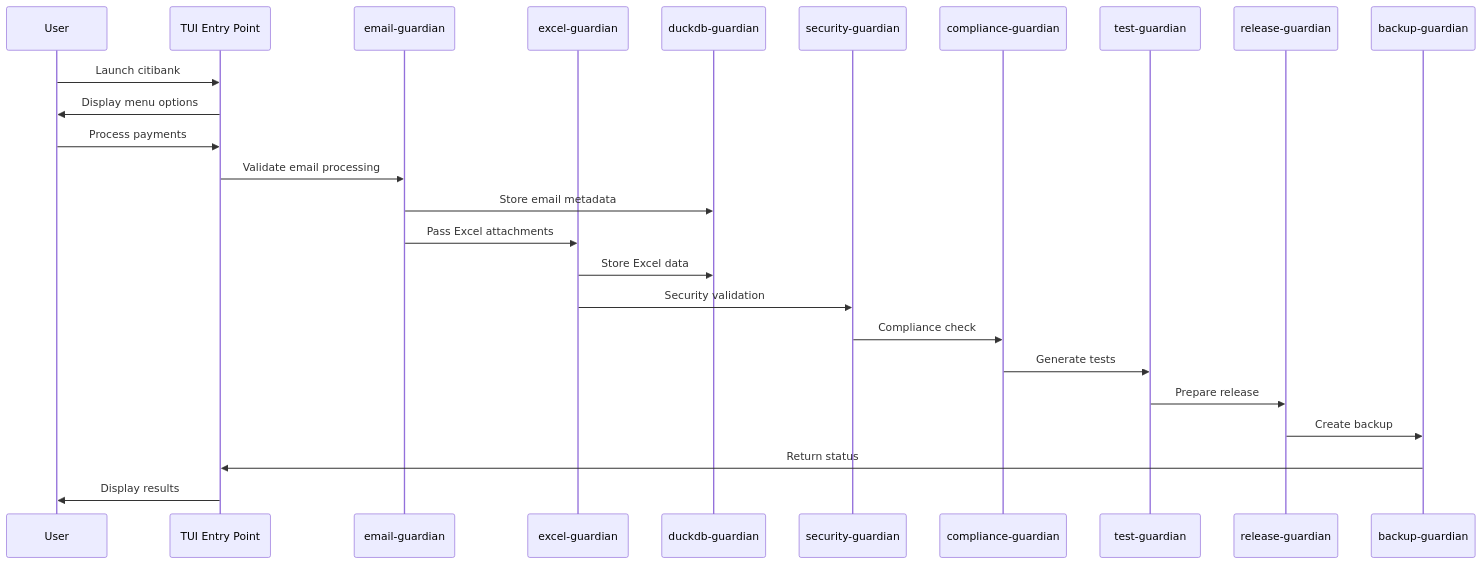
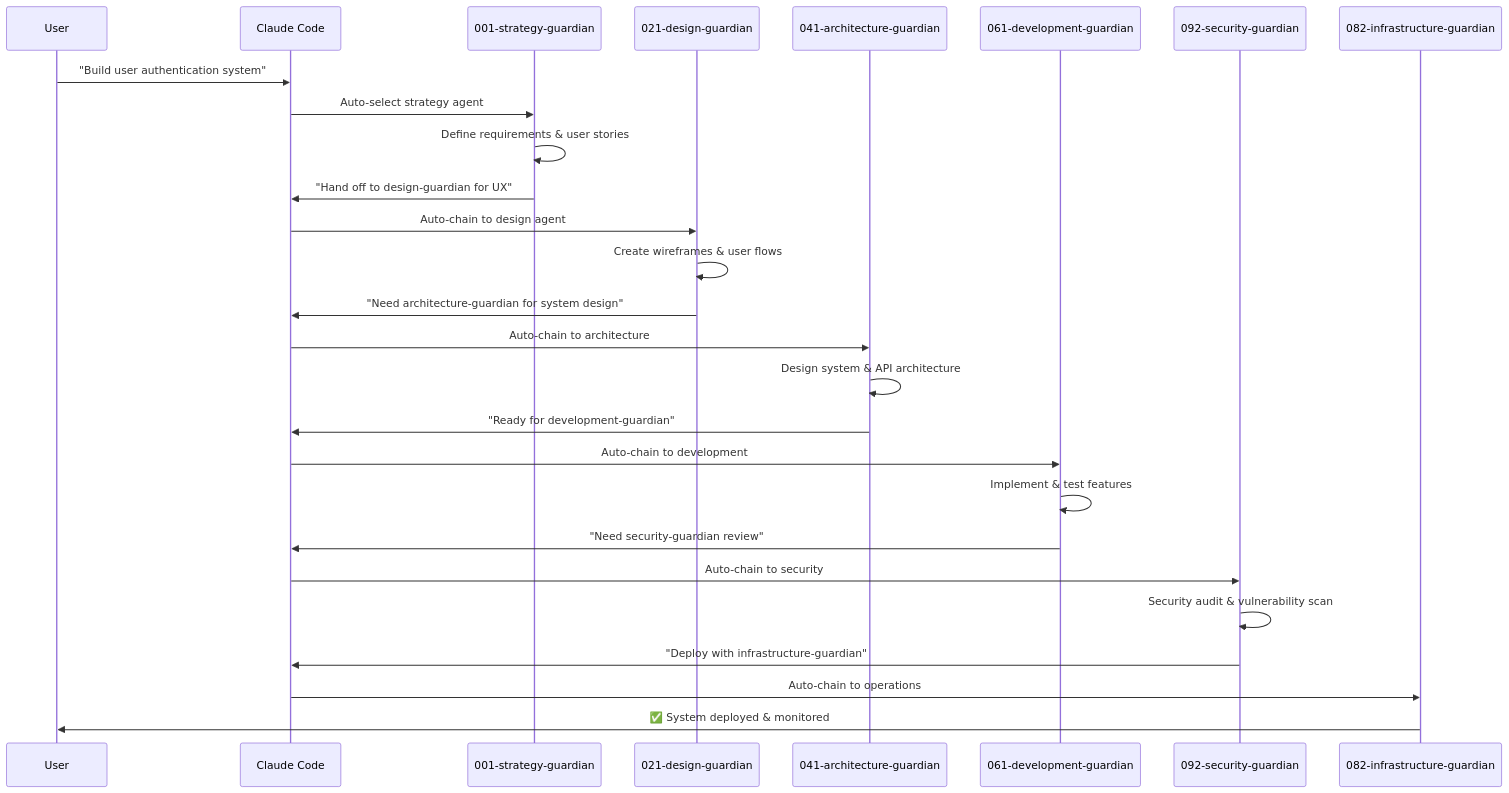
One commit to kairin/claude-guardian-agents changed the first of 3 diagrams in AGENTS-relationships.md. Above: the diagram before and after it, drawn with Mermaid. The commit also changed other lines of this file and 5 other files, not shown here.

````diff
--- a/AGENTS-relationships.md
+++ b/AGENTS-relationships.md
@@ -7,33 +11,30 @@
 ```mermaid
 sequenceDiagram
     participant User
-    participant TUI as TUI Entry Point
-    participant EG as email-guardian
-    participant XG as excel-guardian
-    participant DG as duckdb-guardian
-    participant SG as security-guardian
-    participant CG as compliance-guardian
-    participant TG as test-guardian
-    participant RG as release-guardian
-    participant BG as backup-guardian
+    participant Claude as Claude Code
+    participant S as 001-strategy-guardian
+    participant D as 021-design-guardian
+    participant A as 041-architecture-guardian
+    participant Dev as 061-development-guardian
+    participant Sec as 092-security-guardian
+    participant Ops as 082-infrastructure-guardian
     
-    User->>TUI: Launch citibank
-    TUI->>User: Display menu options
-    User->>TUI: Process payments
-    
-    TUI->>EG: Validate email processing
-    EG->>DG: Store email metadata
-    EG->>XG: Pass Excel attachments
-    
-    XG->>DG: Store Excel data
-    XG->>SG: Security validation
-    
-    SG->>CG: Compliance check
-    CG->>TG: Generate tests
-    
-    TG->>RG: Prepare release
-    RG->>BG: Create backup
-    
-    BG->>TUI: Return status
-    TUI->>User: Display results
+    User->>Claude: "Build user authentication system"
+    Claude->>S: Auto-select strategy agent
+    S->>S: Define requirements & user stories
+    S->>Claude: "Hand off to design-guardian for UX"
+    Claude->>D: Auto-chain to design agent
+    D->>D: Create wireframes & user flows
+    D->>Claude: "Need architecture-guardian for system design"
+    Claude->>A: Auto-chain to architecture
+    A->>A: Design system & API architecture
+    A->>Claude: "Ready for development-guardian"
+    Claude->>Dev: Auto-chain to development
+    Dev->>Dev: Implement & test features
+    Dev->>Claude: "Need security-guardian review"
+    Claude->>Sec: Auto-chain to security
+    Sec->>Sec: Security audit & vulnerability scan
+    Sec->>Claude: "Deploy with infrastructure-guardian"
+    Claude->>Ops: Auto-chain to operations
+    Ops->>User: ✅ System deployed & monitored
 ```
````
